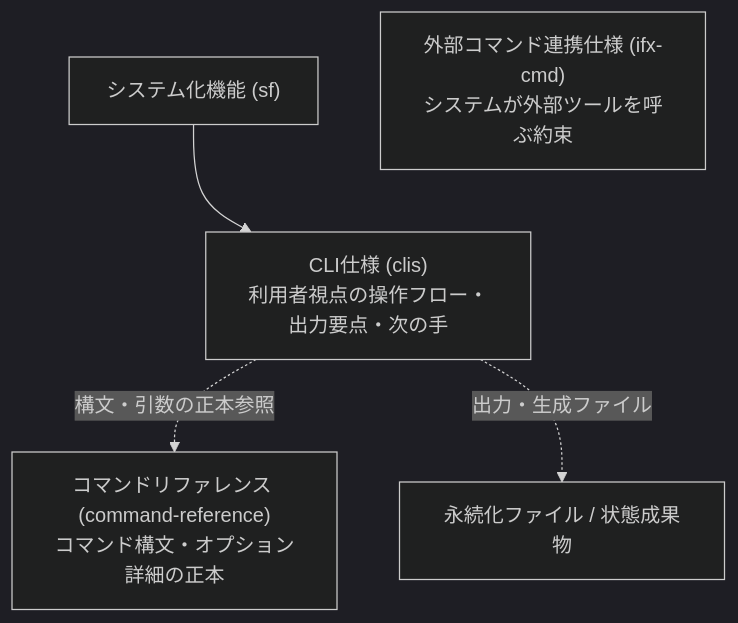
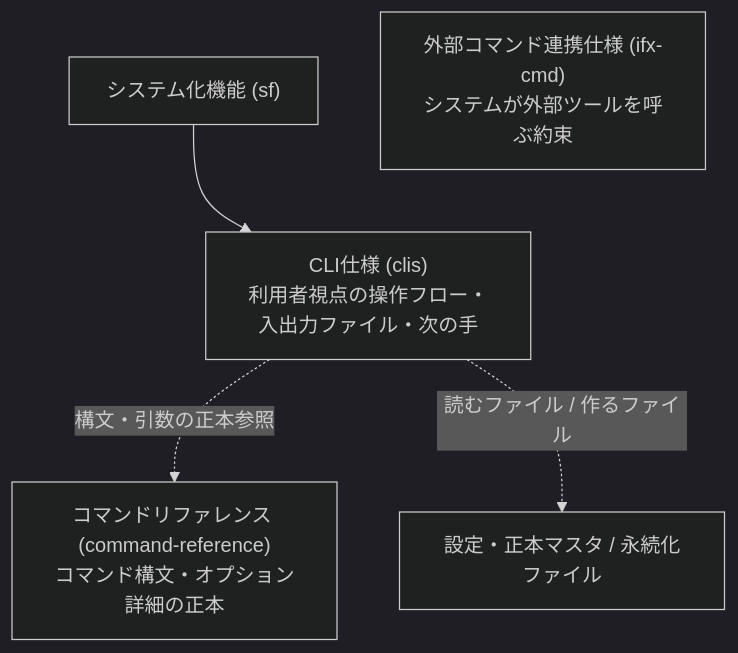
The diagram in docs/ja/specdojo/rulebooks/clis-rulebook.md (specdojo/specdojo), drawn with Mermaid (dark theme) before and after one commit. The commit also changed other lines of this file and 6 other files, not shown here.

````diff
--- a/docs/ja/specdojo/rulebooks/clis-rulebook.md
+++ b/docs/ja/specdojo/rulebooks/clis-rulebook.md
@@ -51,7 +51,7 @@
 ```mermaid
 graph TD
-    SF["システム化機能 (sf)"] --> CLIS["CLI仕様 (clis)<br/>利用者視点の操作フロー・出力要点・次の手"]
+    SF["システム化機能 (sf)"] --> CLIS["CLI仕様 (clis)<br/>利用者視点の操作フロー・入出力ファイル・次の手"]
     CLIS -.->|"構文・引数の正本参照"| CMDREF["コマンドリファレンス (command-reference)<br/>コマンド構文・オプション詳細の正本"]
-    CLIS -.->|"出力・生成ファイル"| FILE["永続化ファイル / 状態成果物"]
+    CLIS -.->|"読むファイル / 作るファイル"| FILE["設定・正本マスタ / 永続化ファイル"]
     IFX["外部コマンド連携仕様 (ifx-cmd)<br/>システムが外部ツールを呼ぶ約束"] ~~~ CLIS
 ```
````
